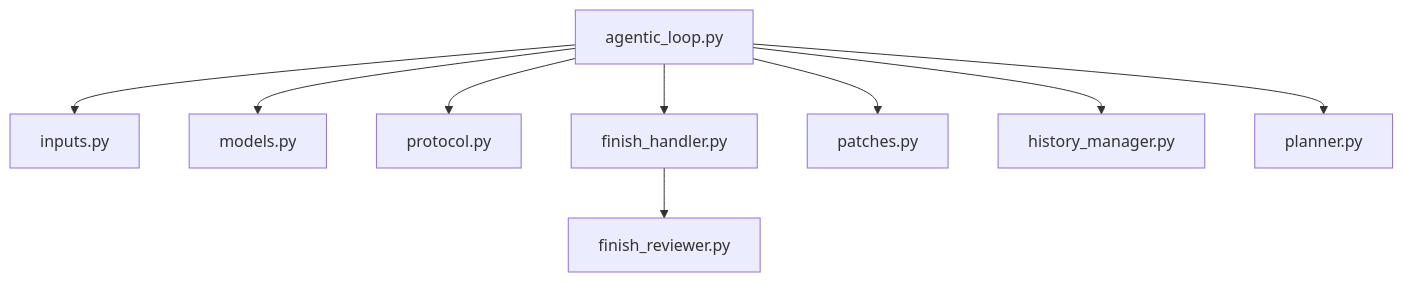
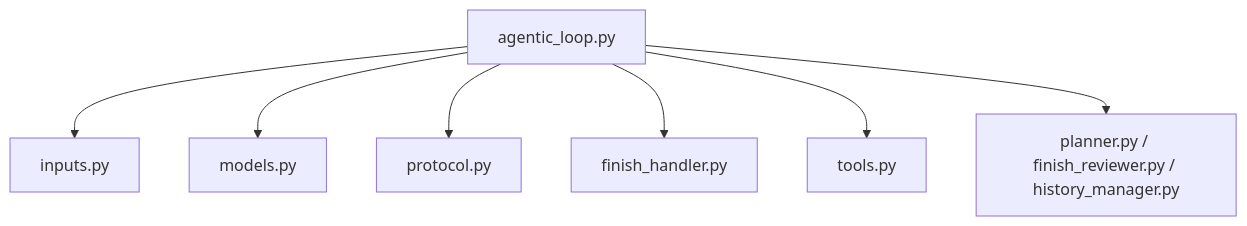
One commit to mtov/minixx changed the fourth of 4 diagrams in README.md. Above: the diagram before and after it, drawn with Mermaid. The commit also changed other lines of this file, not shown here.

Commit message:
docs: simplify README architecture diagrams

````diff
--- a/README.md
+++ b/README.md
@@ -170,21 +162,17 @@
 ```mermaid
 flowchart TD
     A["agentic_loop.py"]
     B["inputs.py"]
     C["models.py"]
     D["protocol.py"]
     E["finish_handler.py"]
-    F["patches.py"]
-    G["history_manager.py"]
-    H["planner.py"]
-    I["finish_reviewer.py"]
+    F["tools.py"]
+    G["planner.py / finish_reviewer.py / history_manager.py"]
 
     A --> B
     A --> C
     A --> D
     A --> E
     A --> F
     A --> G
-    A --> H
-    E --> I
 ```
````
